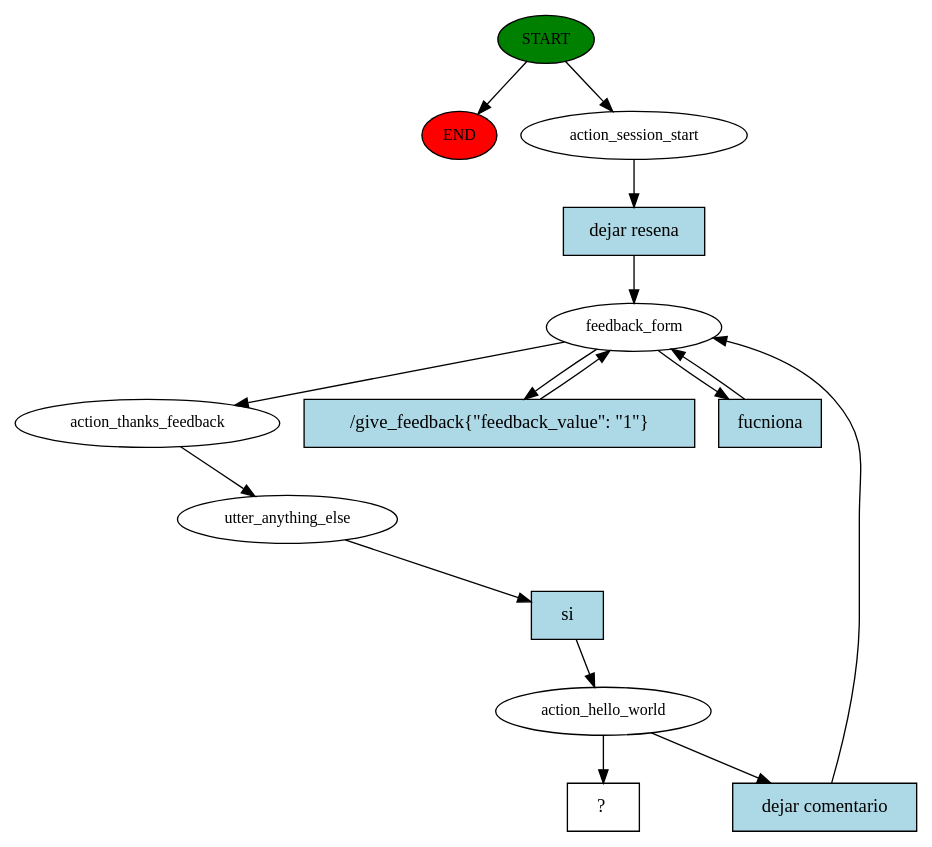
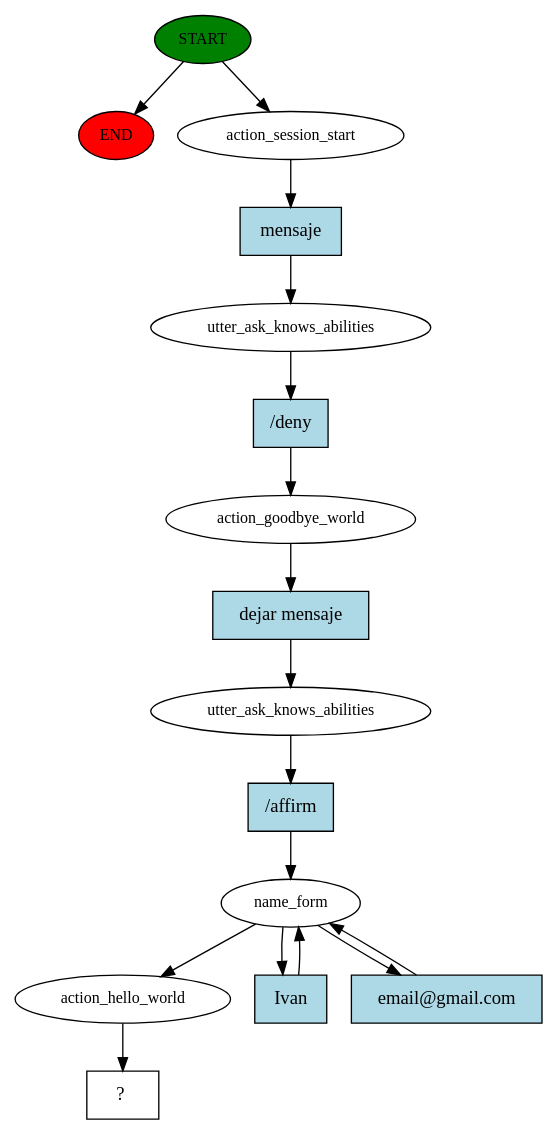
Before and after one commit to kabirivan/Ecommerce-Assistant-Jasmine: the diagram in story_graph.dot, drawn with Graphviz. The commit also changed 6 other files, not shown here.

```diff
--- a/story_graph.dot
+++ b/story_graph.dot
@@ -1,30 +1,33 @@
 digraph  {
 0 [class="start active", fillcolor=green, fontsize=12, label=START, style=filled];
 "-1" [class=end, fillcolor=red, fontsize=12, label=END, style=filled];
 1 [class=active, fontsize=12, label=action_session_start];
-2 [class=active, fontsize=12, label=feedback_form];
-5 [class=active, fontsize=12, label=action_thanks_feedback];
-6 [class=active, fontsize=12, label=utter_anything_else];
-7 [class=active, fontsize=12, label=action_hello_world];
-12 [class="intent dashed active", label="  ?  ", shape=rect];
-13 [class="intent active", fillcolor=lightblue, label="dejar resena", shape=rect, style=filled];
-14 [class="intent active", fillcolor=lightblue, label="/give_feedback{\"feedback_value\": \"1\"}", shape=rect, style=filled];
-15 [class="intent active", fillcolor=lightblue, label=fucniona, shape=rect, style=filled];
-16 [class="intent active", fillcolor=lightblue, label=si, shape=rect, style=filled];
-17 [class="intent active", fillcolor=lightblue, label="dejar comentario", shape=rect, style=filled];
+2 [class=active, fontsize=12, label=utter_ask_knows_abilities];
+3 [class=active, fontsize=12, label=action_goodbye_world];
+4 [class=active, fontsize=12, label=utter_ask_knows_abilities];
+5 [class=active, fontsize=12, label=name_form];
+8 [class=active, fontsize=12, label=action_hello_world];
+9 [class="intent dashed active", label="  ?  ", shape=rect];
+10 [class="intent active", fillcolor=lightblue, label=mensaje, shape=rect, style=filled];
+11 [class="intent active", fillcolor=lightblue, label="/deny", shape=rect, style=filled];
+12 [class="intent active", fillcolor=lightblue, label="dejar mensaje", shape=rect, style=filled];
+13 [class="intent active", fillcolor=lightblue, label="/affirm", shape=rect, style=filled];
+14 [class="intent active", fillcolor=lightblue, label=Ivan, shape=rect, style=filled];
+15 [class="intent active", fillcolor=lightblue, label="email@gmail.com", shape=rect, style=filled];
 0 -> "-1"  [class="", key=NONE, label=""];
 0 -> 1  [class=active, key=NONE, label=""];
-1 -> 13  [class=active, key=0];
-2 -> 5  [class=active, key=NONE, label=""];
-2 -> 14  [class=active, key=0];
-2 -> 15  [class=active, key=0];
-5 -> 6  [class=active, key=NONE, label=""];
-6 -> 16  [class=active, key=0];
-7 -> 12  [class=active, key=NONE, label=""];
-7 -> 17  [class=active, key=0];
-13 -> 2  [class=active, key=0];
-14 -> 2  [class=active, key=0];
-15 -> 2  [class=active, key=0];
-16 -> 7  [class=active, key=0];
-17 -> 2  [class=active, key=0];
+1 -> 10  [class=active, key=0];
+2 -> 11  [class=active, key=0];
+3 -> 12  [class=active, key=0];
+4 -> 13  [class=active, key=0];
+5 -> 8  [class=active, key=NONE, label=""];
+5 -> 14  [class=active, key=0];
+5 -> 15  [class=active, key=0];
+8 -> 9  [class=active, key=NONE, label=""];
+10 -> 2  [class=active, key=0];
+11 -> 3  [class=active, key=0];
+12 -> 4  [class=active, key=0];
+13 -> 5  [class=active, key=0];
+14 -> 5  [class=active, key=0];
+15 -> 5  [class=active, key=0];
 }
```
